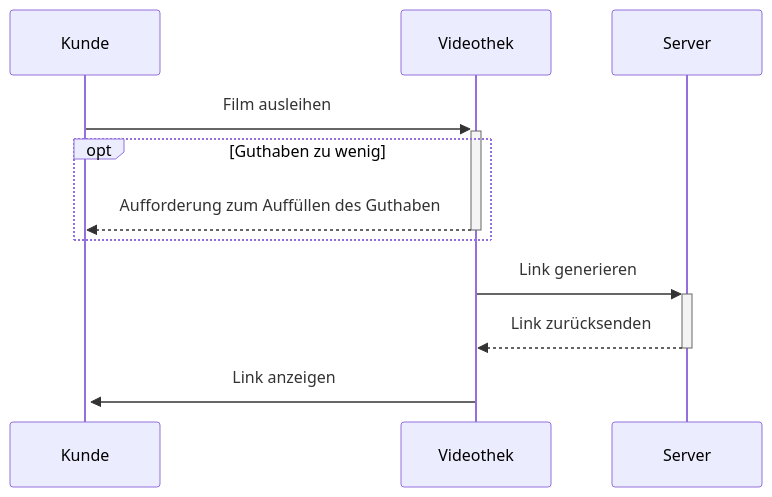
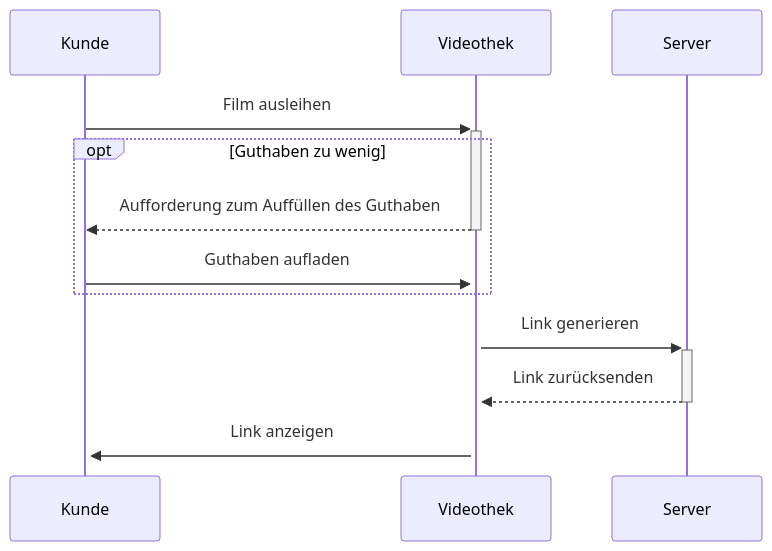
Before and after one commit to Manuel2103/FSE: the third of 8 diagrams in OO Analyse/README.md, drawn with Mermaid. The commit also changed other lines of this file and 5 other files, not shown here.

````diff
--- a/OO Analyse/README.md
+++ b/OO Analyse/README.md
@@ -363,10 +370,11 @@
 ```mermaid
 sequenceDiagram
     Kunde->>+Videothek: Film ausleihen
       opt Guthaben zu wenig
       Videothek-->>-Kunde: Aufforderung zum Auffüllen des Guthaben
-        end
+      Kunde->>+Videothek: Guthaben aufladen
+    end
     Videothek->>+Server: Link generieren
     Server -->>- Videothek: Link zurücksenden
     Videothek->>+Kunde: Link anzeigen
 ```
````
